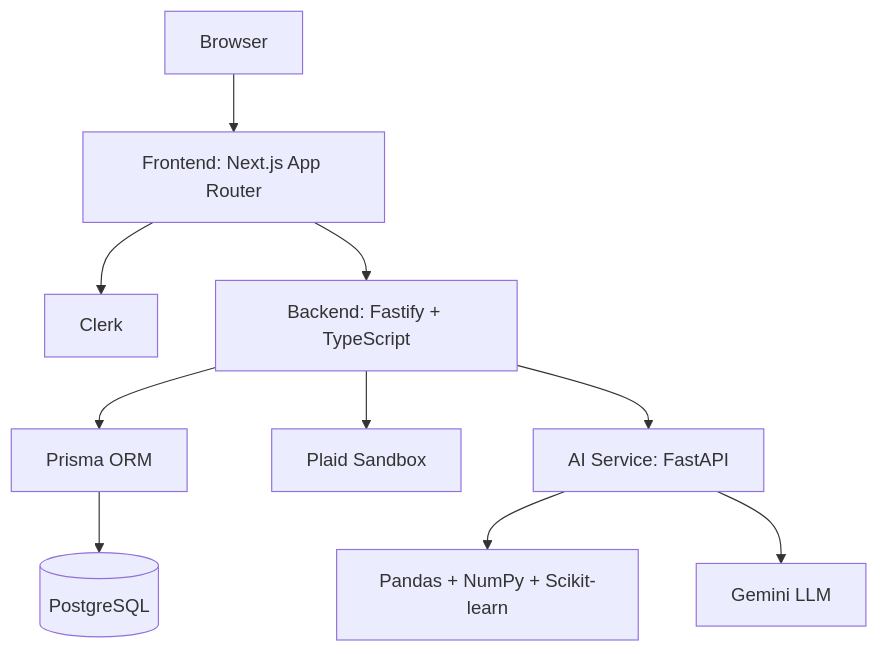
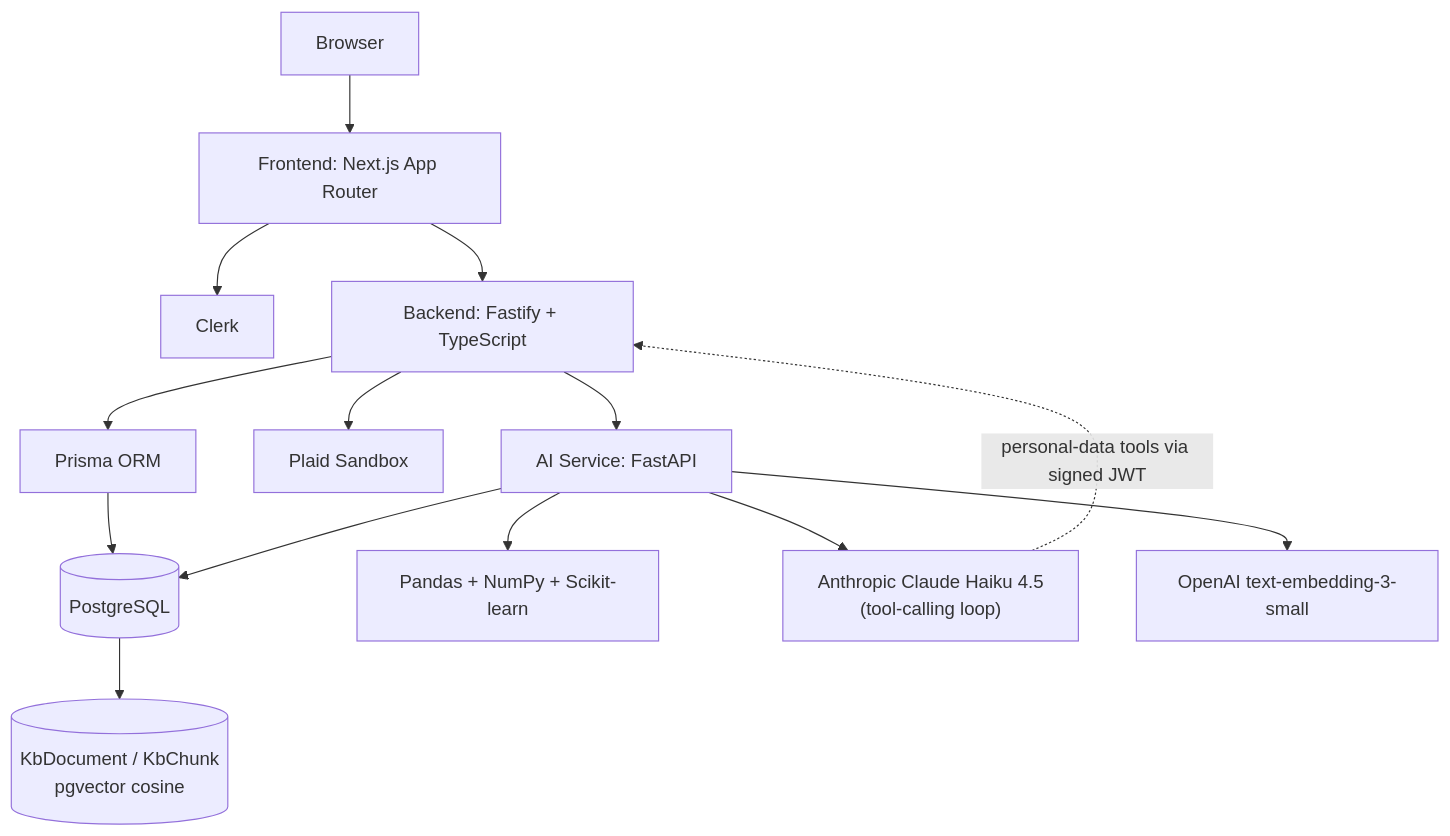
Before and after one commit to robokopftww/FinSight: the first of 4 diagrams in ARCHITECTURE.md, drawn with Mermaid. The commit also changed other lines of this file and 2 other files, not shown here.

First line of the commit message:
docs: sweep Gemini references from SETUP, DEPLOYMENT, ARCHITECTURE

````diff
--- a/ARCHITECTURE.md
+++ b/ARCHITECTURE.md
@@ -7,12 +7,16 @@
 ```mermaid
 flowchart TD
     Browser["Browser"] --> Frontend["Frontend: Next.js App Router"]
     Frontend --> Clerk["Clerk"]
     Frontend --> Backend["Backend: Fastify + TypeScript"]
     Backend --> Prisma["Prisma ORM"]
     Prisma --> Postgres[("PostgreSQL")]
     Backend --> Plaid["Plaid Sandbox"]
     Backend --> AI["AI Service: FastAPI"]
     AI --> Analytics["Pandas + NumPy + Scikit-learn"]
-    AI --> Gemini["Gemini LLM"]
+    AI --> Claude["Anthropic Claude Haiku 4.5<br/>(tool-calling loop)"]
+    AI --> OpenAI["OpenAI text-embedding-3-small"]
+    AI --> Postgres
+    Postgres --> KB[("KbDocument / KbChunk<br/>pgvector cosine")]
+    Claude -. "personal-data tools via signed JWT" .-> Backend
 ```
````
